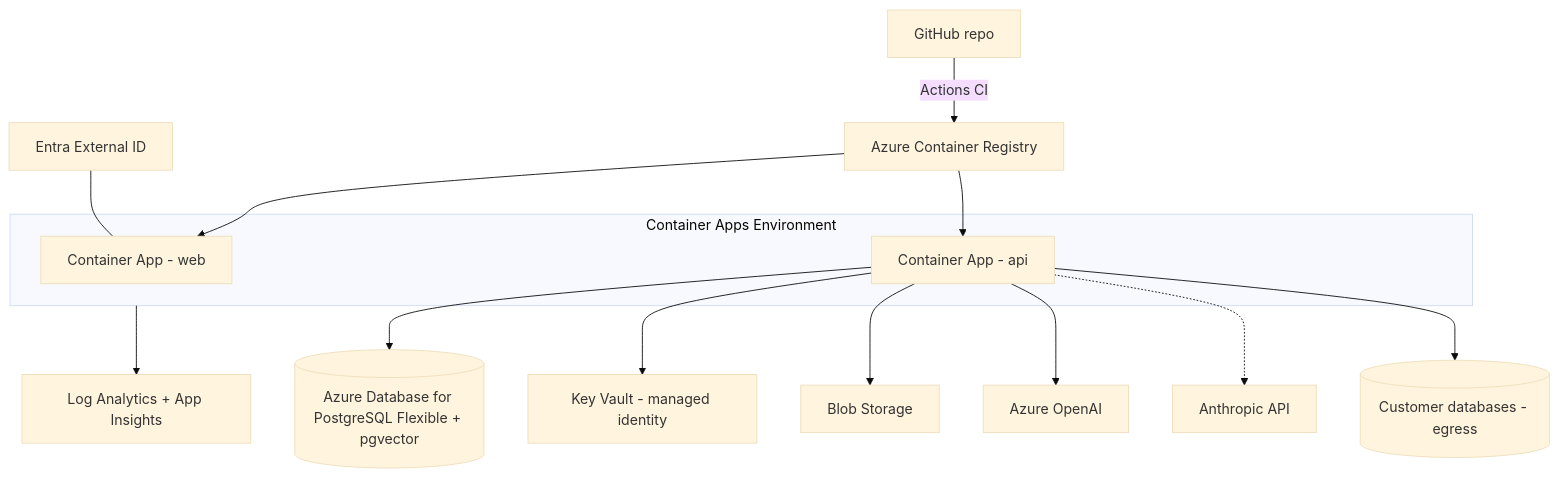
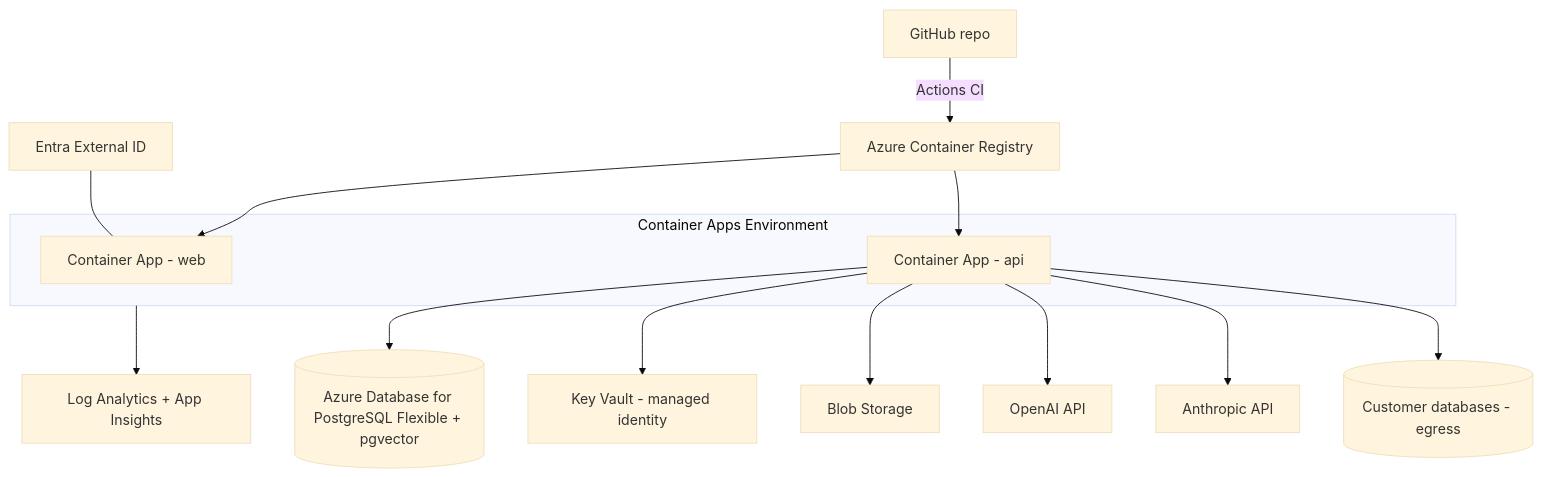
One commit to 50ur48h/DChat changed the tenth of 11 diagrams in docs/architecture.md. Above: the diagram before and after it, drawn with Mermaid (base theme). The commit also changed other lines of this file and 23 other files, not shown here.

````diff
--- a/docs/architecture.md
+++ b/docs/architecture.md
@@ -602,18 +606,18 @@
 ```mermaid
 flowchart TB
     DEV[GitHub repo] -->|Actions CI| ACR[Azure Container Registry]
     ACR --> ACAW[Container App - web]
     ACR --> ACAA[Container App - api]
     subgraph ENV[Container Apps Environment]
         ACAW
         ACAA
     end
     ACAA --> PG[(Azure Database for PostgreSQL Flexible + pgvector)]
     ACAA --> KV[Key Vault - managed identity]
     ACAA --> BLOB[Blob Storage]
-    ACAA --> AOAI[Azure OpenAI]
-    ACAA -.-> ANT[Anthropic API]
+    ACAA --> OAI[OpenAI API]
+    ACAA --> ANT[Anthropic API]
     ENV --> LAW[Log Analytics + App Insights]
     EID[Entra External ID] --- ACAW
     ACAA --> CDB[(Customer databases - egress)]
 ```
````
